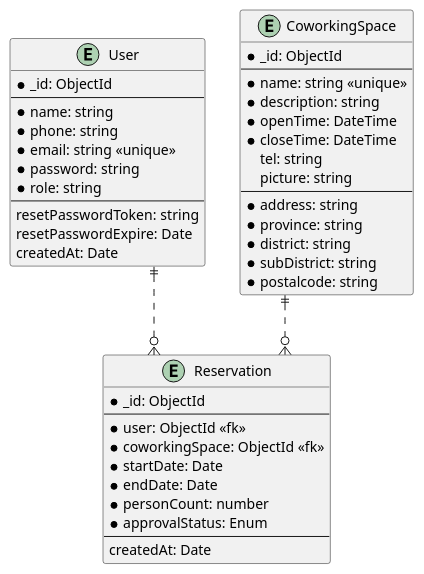
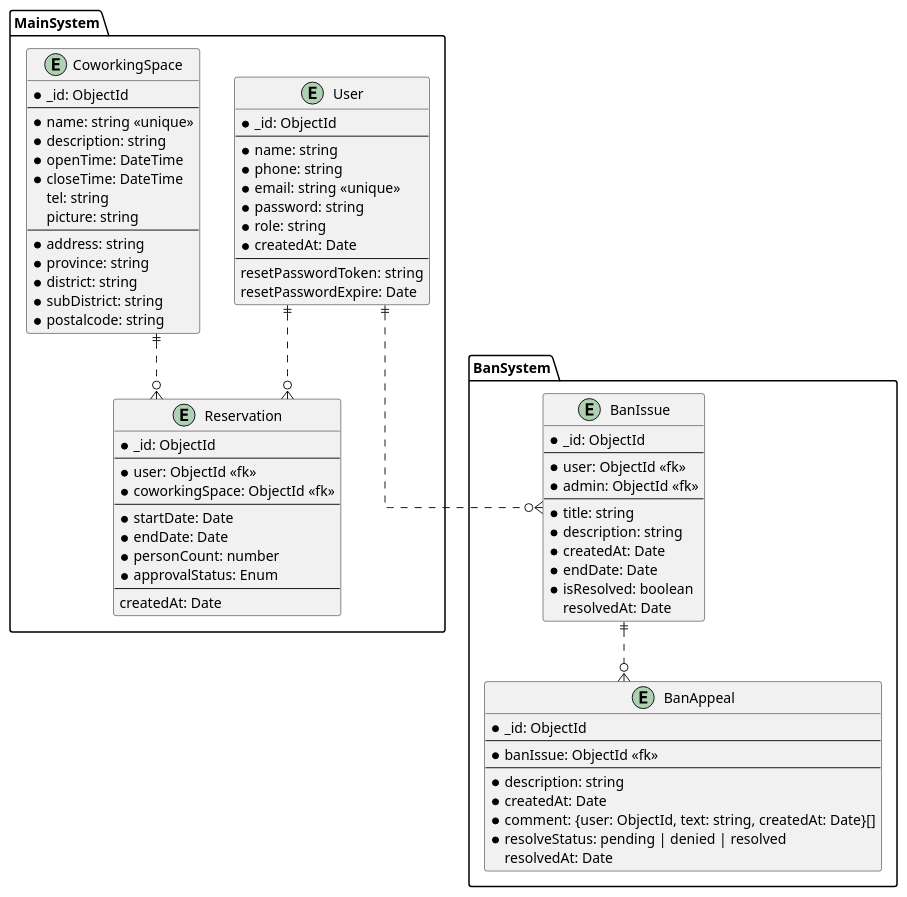
One commit to Cookie4686/group-se-backend changed the diagram in docs/ER_Diagram.puml. Above: the diagram before and after it, drawn with PlantUML. The commit also changed 24 other files, not shown here.

Commit message:
add banIssue

```diff
--- a/docs/ER_Diagram.puml
+++ b/docs/ER_Diagram.puml
@@ -1,53 +1,86 @@
 @startuml ER_Diagram
 
 skinparam Linetype ortho
 
-entity User {
-  * _id: ObjectId
-  --
-  * name: string
-  * phone: string
-  * email: string <<unique>>
-  * password: string
-  * role: string 
-  --
-  resetPasswordToken: string
-  resetPasswordExpire: Date
-  createdAt: Date
+package MainSystem {
+  entity User {
+    * _id: ObjectId
+    --
+    * name: string
+    * phone: string
+    * email: string <<unique>>
+    * password: string
+    * role: string 
+    * createdAt: Date
+    --
+    resetPasswordToken: string
+    resetPasswordExpire: Date
+  }
+
+  entity CoworkingSpace {
+    * _id: ObjectId
+    --
+    * name: string <<unique>>
+    * description: string
+    * openTime: DateTime
+    * closeTime: DateTime
+    tel: string
+    picture: string
+    --
+    * address: string
+    * province: string
+    * district: string
+    * subDistrict: string
+    * postalcode: string
+  }
+
+  entity Reservation {
+    * _id: ObjectId
+    --
+    * user: ObjectId <<fk>>
+    * coworkingSpace: ObjectId <<fk>>
+    --
+    * startDate: Date
+    * endDate: Date
+    * personCount: number
+    * approvalStatus: Enum
+    --
+    createdAt: Date
+  }
+
+  User ||..o{ Reservation
+  CoworkingSpace ||..o{ Reservation
 }
 
-entity CoworkingSpace {
-  * _id: ObjectId
-  --
-  * name: string <<unique>>
-  * description: string
-  * openTime: DateTime
-  * closeTime: DateTime
-  tel: string
-  picture: string
-  --
-  * address: string
-  * province: string
-  * district: string
-  * subDistrict: string
-  * postalcode: string
+package BanSystem {
+  entity BanIssue {
+    * _id: ObjectId
+    --
+    * user: ObjectId <<fk>>
+    * admin: ObjectId <<fk>>
+    --
+    * title: string
+    * description: string
+    * createdAt: Date
+    * endDate: Date
+    * isResolved: boolean
+    resolvedAt: Date
+  }
+
+  entity BanAppeal {
+    * _id: ObjectId
+    --
+    * banIssue: ObjectId <<fk>>
+    --
+    * description: string
+    * createdAt: Date
+    * comment: {user: ObjectId, text: string, createdAt: Date}[]
+    * resolveStatus: pending | denied | resolved
+    resolvedAt: Date
+  }
+
+  User ||..o{ BanIssue
+  BanIssue ||..o{ BanAppeal
 }
 
-entity Reservation {
-  * _id: ObjectId
-  --
-  * user: ObjectId <<fk>>
-  * coworkingSpace: ObjectId <<fk>>
-  * startDate: Date
-  * endDate: Date
-  * personCount: number
-  * approvalStatus: Enum
-  --
-  createdAt: Date
-}
-
-
-User ||..o{ Reservation
-CoworkingSpace ||..o{ Reservation
-
 @enduml
```
